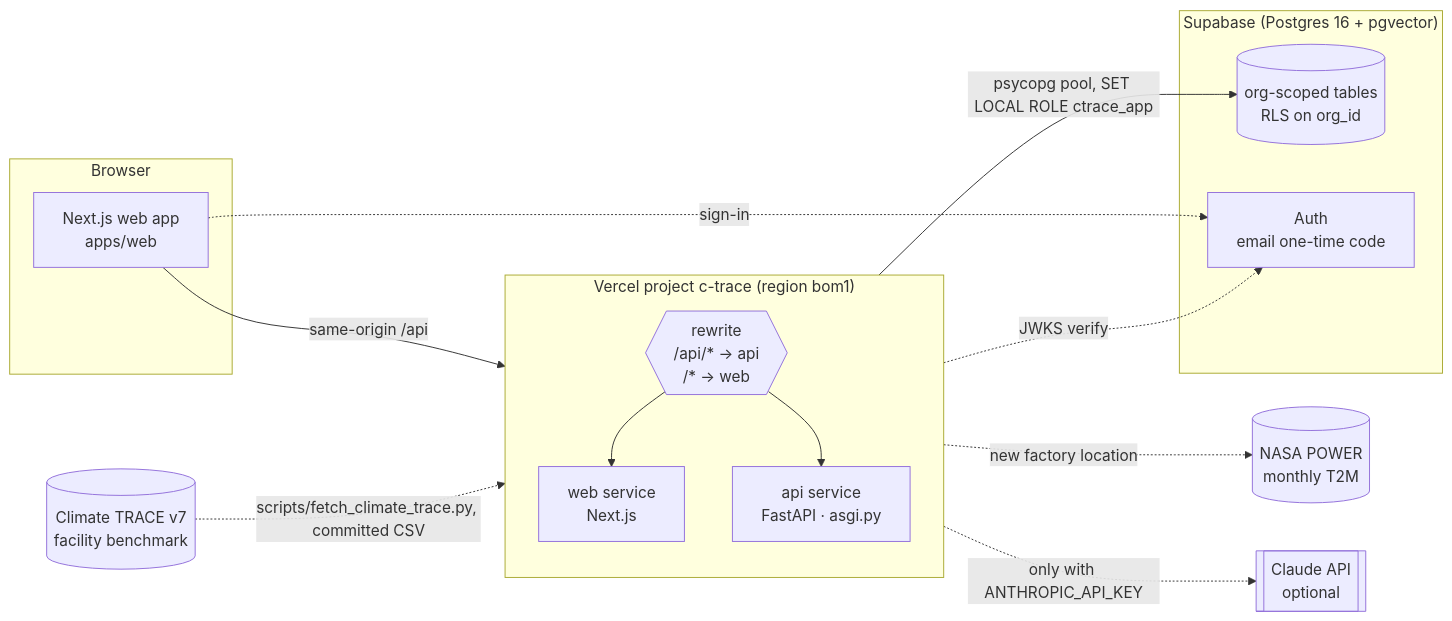
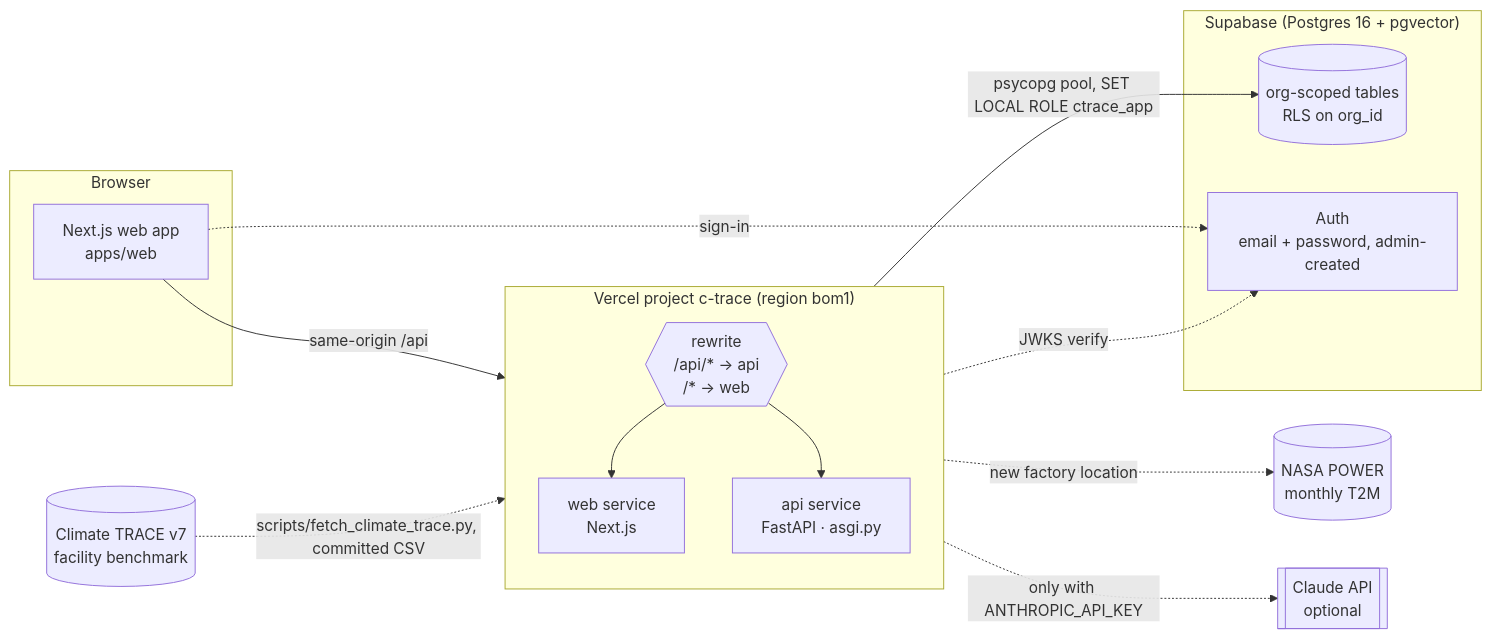
Before and after one commit to ali-maruf/c-trace: the first of 2 diagrams in docs/ARCHITECTURE.md, drawn with Mermaid. The commit also changed 12 other files, not shown here.

````diff
--- a/docs/ARCHITECTURE.md
+++ b/docs/ARCHITECTURE.md
@@ -9,29 +9,29 @@
 ```mermaid
 flowchart LR
   subgraph Browser
     W[Next.js web app<br/>apps/web]
   end
   subgraph Vercel["Vercel project c-trace (region bom1)"]
     direction TB
     R{{"rewrite<br/>/api/* → api<br/>/* → web"}}
     WS[web service<br/>Next.js]
     AS[api service<br/>FastAPI · asgi.py]
   end
   subgraph Supabase["Supabase (Postgres 16 + pgvector)"]
     DB[(org-scoped tables<br/>RLS on org_id)]
-    AU[Auth<br/>email one-time code]
+    AU[Auth<br/>email + password, admin-created]
   end
   POWER[(NASA POWER<br/>monthly T2M)]
   CT[(Climate TRACE v7<br/>facility benchmark)]
   LLM[[Claude API<br/>optional]]
 
   W -->|same-origin /api| R
   R --> WS
   R --> AS
   AS -->|psycopg pool, SET LOCAL ROLE ctrace_app| DB
   W -.->|sign-in| AU
   AS -.->|JWKS verify| AU
   AS -.->|new factory location| POWER
   AS -.->|only with ANTHROPIC_API_KEY| LLM
   CT -.->|scripts/fetch_climate_trace.py, committed CSV| AS
 ```
````
